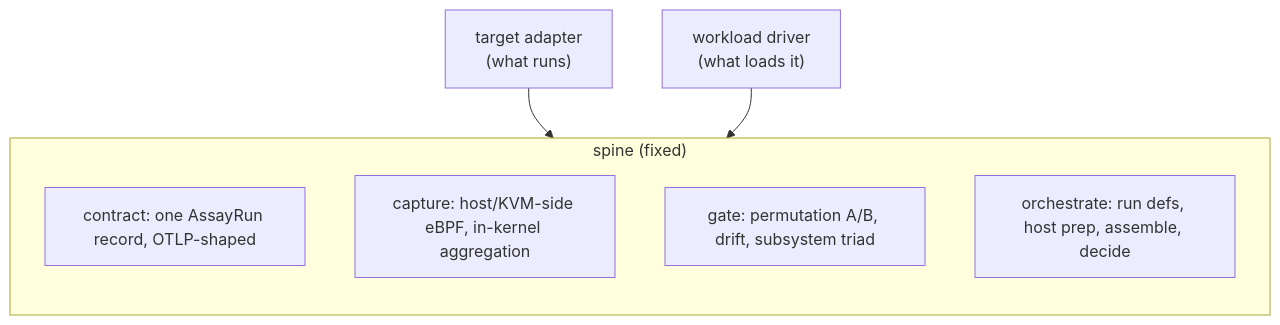
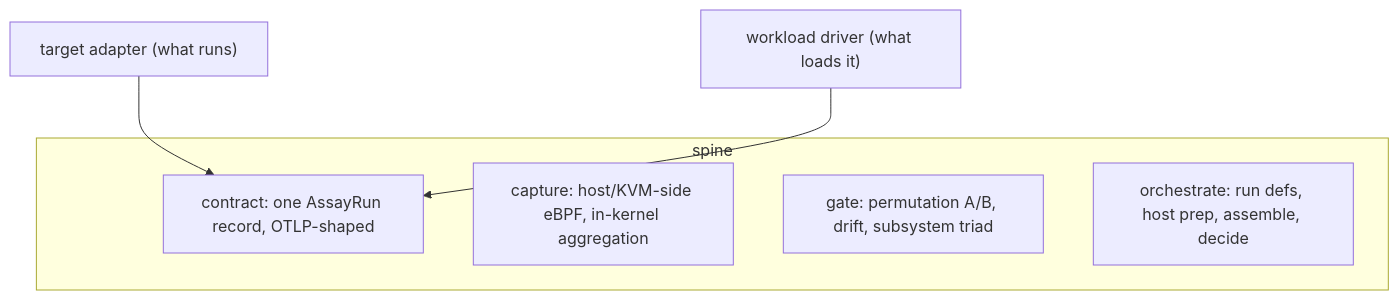
Before and after one commit to 1stvamp/assayist: the diagram in README.md, drawn with Mermaid. The commit also changed 2 other files, not shown here.

Commit message:
docs: fix mermaid spine diagrams failing to render on GitHub
The spine flowchart used an edge to a subgraph id plus a 'direction' statement
inside that subgraph, which crashes GitHub's mermaid renderer ('Cannot read
properties of undefined (reading render)'). Point the edges at a node inside the
subgraph instead, drop the inner direction and the <br/> in labels, and use a
plain subgraph title. The data-flow chart has no subgraph and was unaffected.

````diff
--- a/README.md
+++ b/README.md
@@ -9,12 +9,11 @@
 ```mermaid
 flowchart TB
-    T["target adapter<br/>(what runs)"] --> S
-    W["workload driver<br/>(what loads it)"] --> S
-    subgraph S["spine (fixed)"]
-        direction TB
+    T["target adapter (what runs)"] --> C
+    W["workload driver (what loads it)"] --> C
+    subgraph spine
         C["contract: one AssayRun record, OTLP-shaped"]
         P["capture: host/KVM-side eBPF, in-kernel aggregation"]
         G["gate: permutation A/B, drift, subsystem triad"]
         O["orchestrate: run defs, host prep, assemble, decide"]
     end
 ```
````
